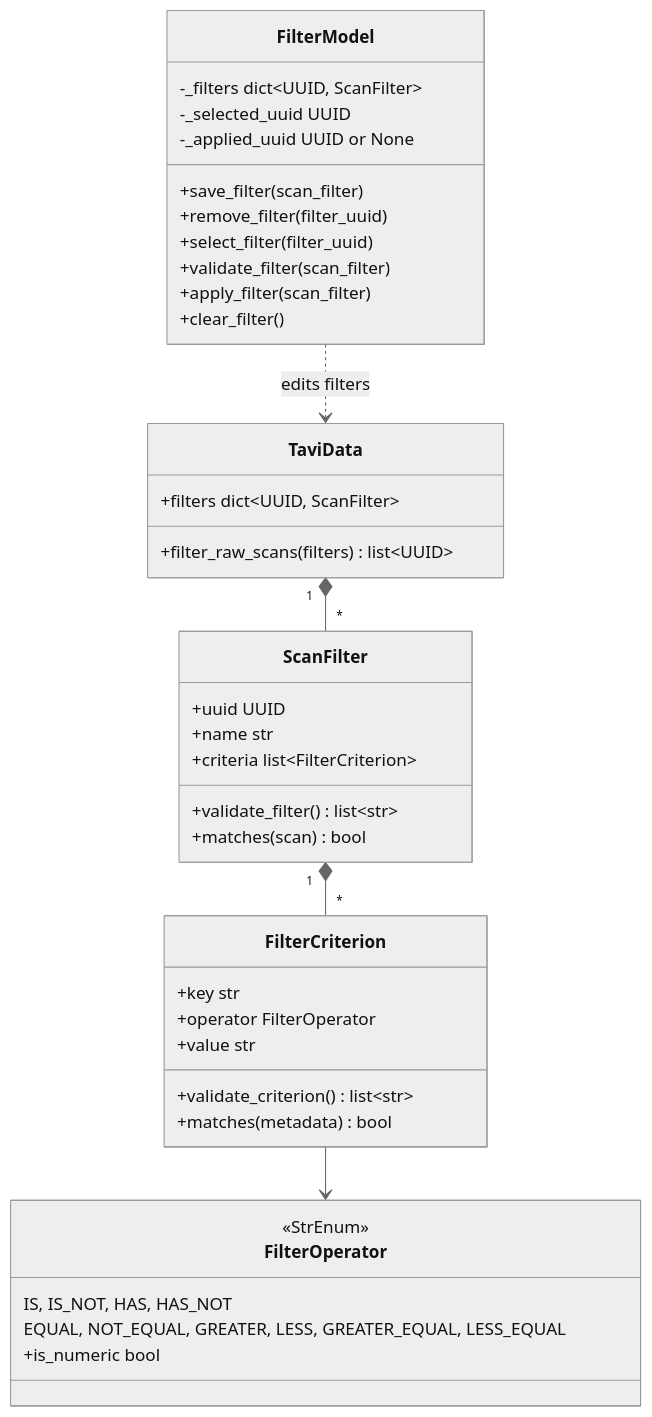
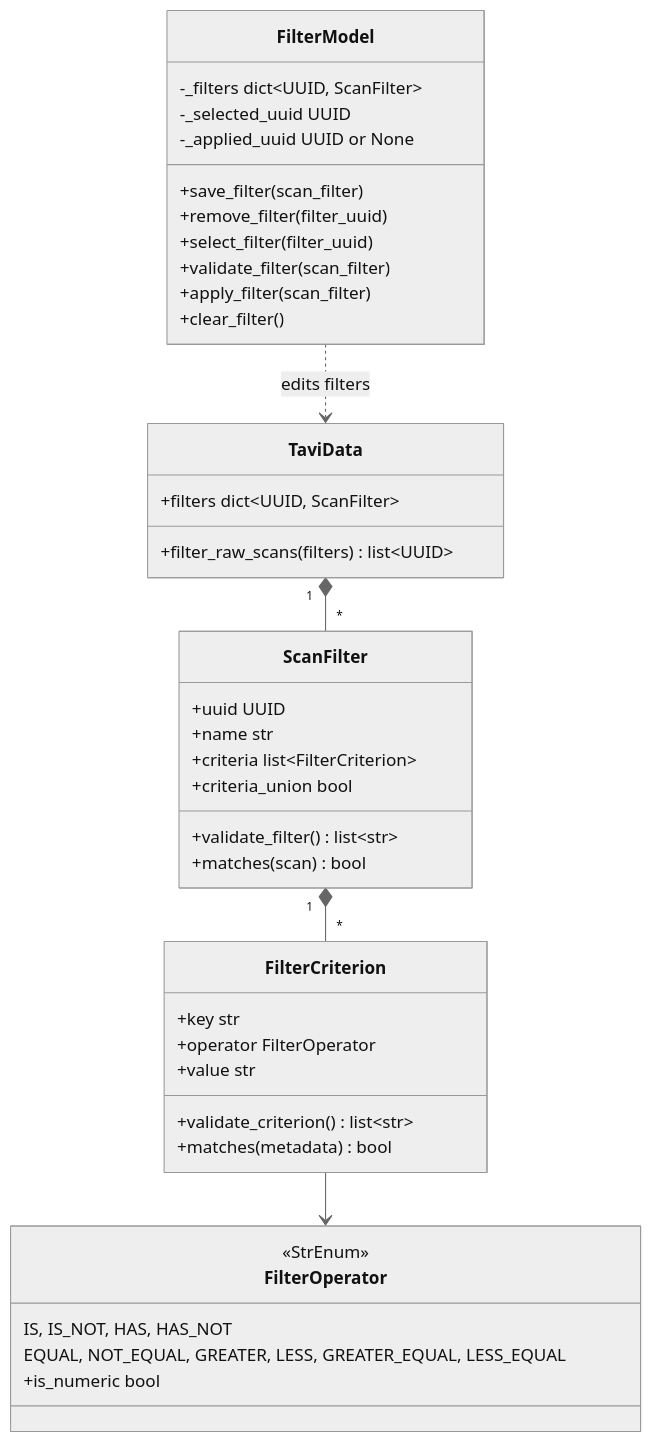
Before and after one commit to neutrons/TAVI: the first of 3 diagrams in docs/source/design/frontend/filter_model.rst, drawn with Mermaid (neutral theme). The commit also changed other lines of this file and 2 other files, not shown here.

```diff
--- a/docs/source/design/frontend/filter_model.rst
+++ b/docs/source/design/frontend/filter_model.rst
@@ -22,42 +23,43 @@
 .. mermaid::
 
     classDiagram
         class FilterOperator {
             <<StrEnum>>
             IS, IS_NOT, HAS, HAS_NOT
             EQUAL, NOT_EQUAL, GREATER, LESS, GREATER_EQUAL, LESS_EQUAL
             +is_numeric bool
         }
         class FilterCriterion {
             +key str
             +operator FilterOperator
             +value str
             +validate_criterion() list~str~
             +matches(metadata) bool
         }
         class ScanFilter {
             +uuid UUID
             +name str
             +criteria list~FilterCriterion~
+            +criteria_union bool
             +validate_filter() list~str~
             +matches(scan) bool
         }
         class FilterModel {
             -_filters dict~UUID, ScanFilter~
             -_selected_uuid UUID
             -_applied_uuid UUID or None
             +save_filter(scan_filter)
             +remove_filter(filter_uuid)
             +select_filter(filter_uuid)
             +validate_filter(scan_filter)
             +apply_filter(scan_filter)
             +clear_filter()
         }
         class TaviData {
             +filters dict~UUID, ScanFilter~
             +filter_raw_scans(filters) list~UUID~
         }
         ScanFilter "1" *-- "*" FilterCriterion
         FilterCriterion --> FilterOperator
         TaviData "1" *-- "*" ScanFilter
         FilterModel ..> TaviData : edits filters
```
